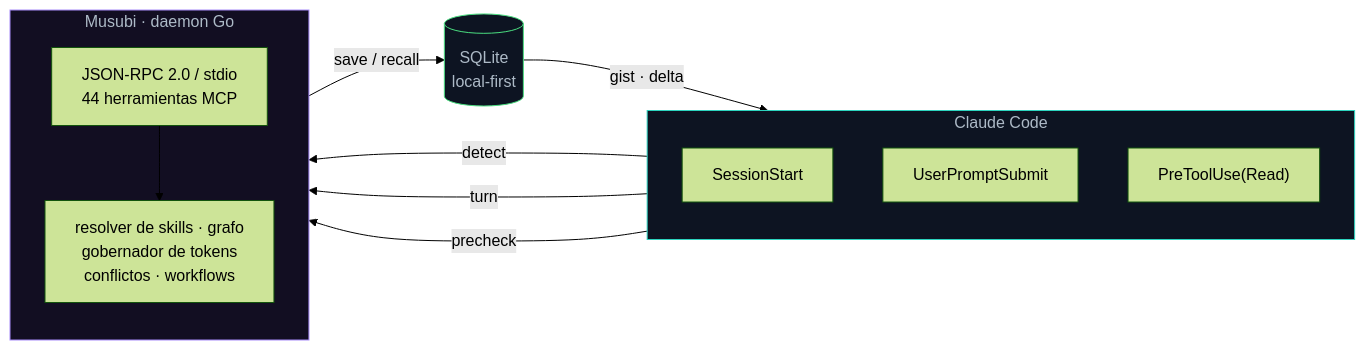
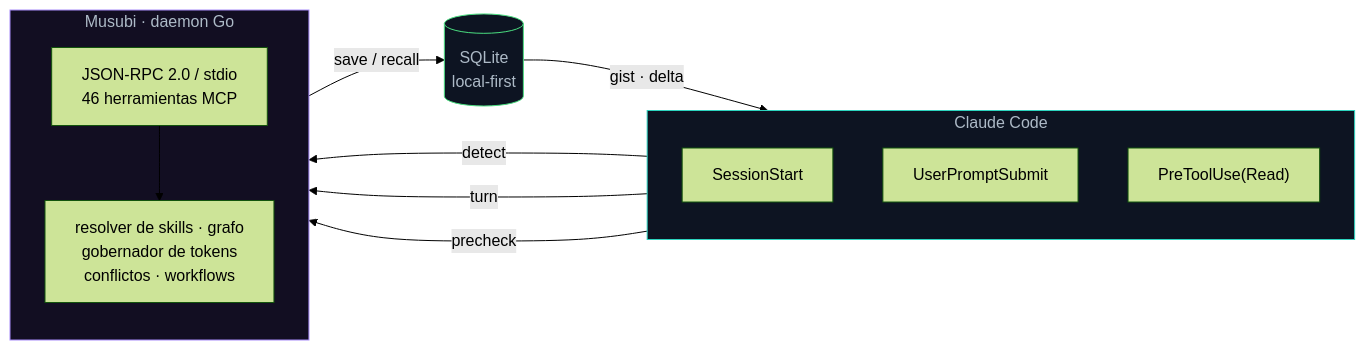
One commit to codeabraham16/musubi changed the first of 3 diagrams in README.md. Above: the diagram before and after it, drawn with Mermaid (forest theme). The commit also changed other lines of this file and 11 other files, not shown here.

````diff
--- a/README.md
+++ b/README.md
@@ -68,27 +68,27 @@
 ```mermaid
 flowchart LR
     subgraph CC["Claude Code"]
         direction TB
         H1["SessionStart"]
         H2["UserPromptSubmit"]
         H3["PreToolUse(Read)"]
     end
     subgraph M["Musubi · daemon Go"]
         direction TB
-        RPC["JSON-RPC 2.0 / stdio<br/>44 herramientas MCP"]
+        RPC["JSON-RPC 2.0 / stdio<br/>46 herramientas MCP"]
         COG["resolver de skills · grafo<br/>gobernador de tokens<br/>conflictos · workflows"]
     end
     DB[("SQLite<br/>local-first")]
 
     H1 -- "detect" --> RPC
     H2 -- "turn" --> RPC
     H3 -- "precheck" --> RPC
     RPC --> COG
     COG -- "save / recall" --> DB
     DB -- "gist · delta" --> CC
 
     classDef cc fill:#0d1422,stroke:#2dd4bf,color:#adbac7;
     classDef mm fill:#120e22,stroke:#a78bfa,color:#adbac7;
     classDef db fill:#0d1422,stroke:#4ade80,color:#adbac7;
     class CC cc; class M mm; class DB db;
 ```
````
